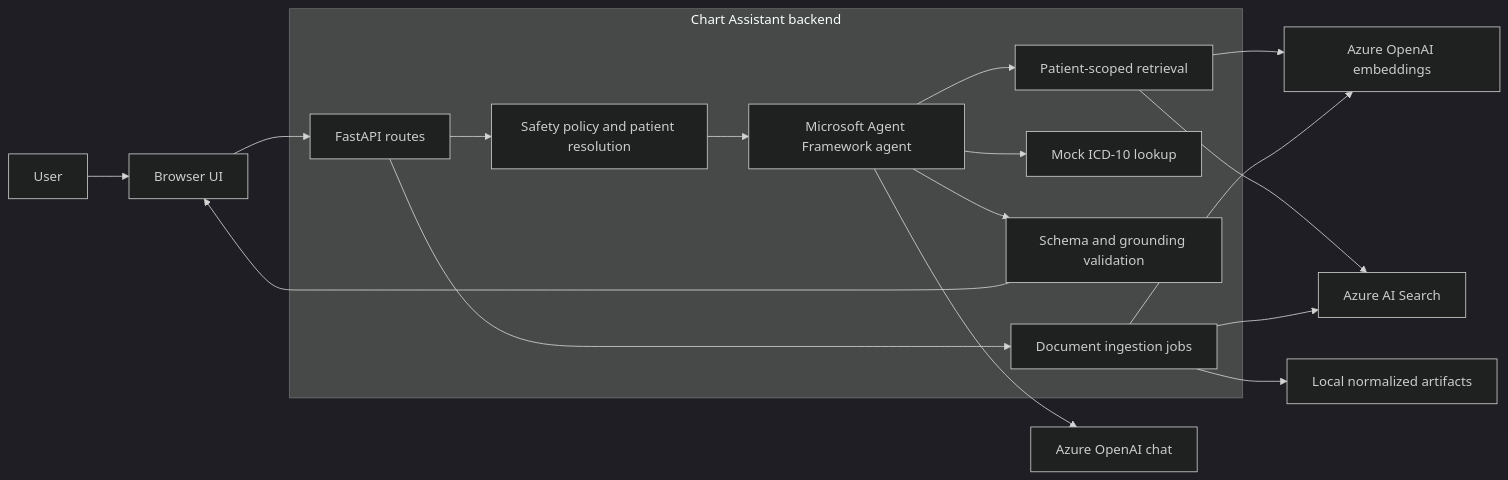
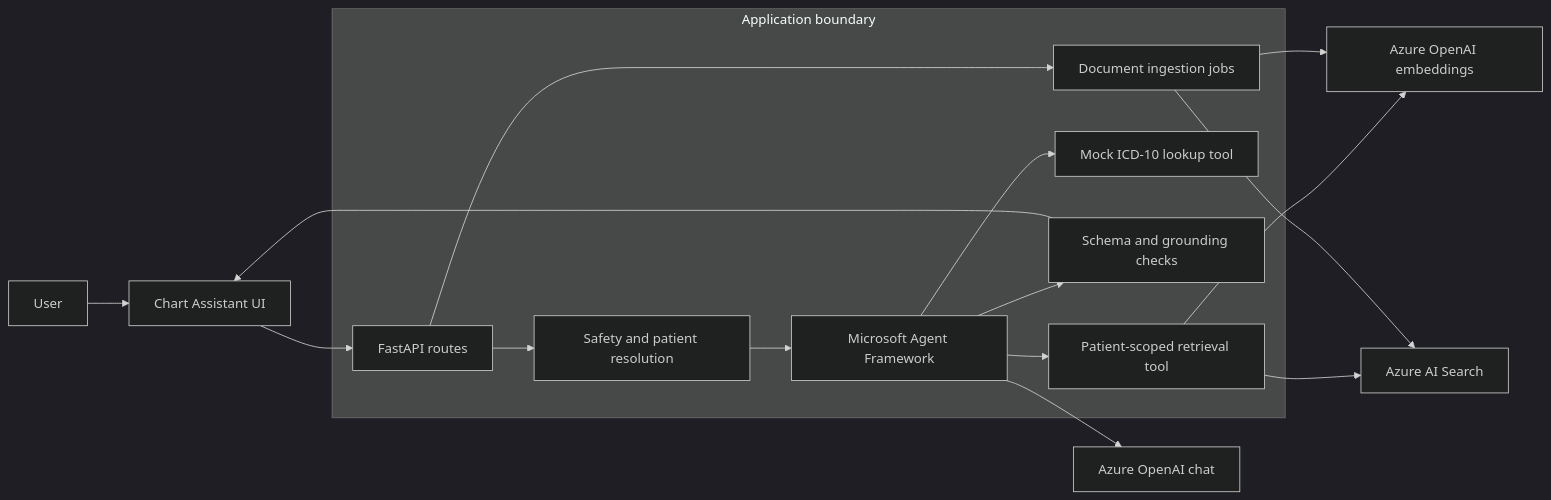
The first of 2 diagrams in README.md (hritthik-work/ChartAssistant), drawn with Mermaid (dark theme) before and after one commit. The commit also changed other lines of this file and 8 other files, not shown here.

First line of the commit message:
release: prepare Chart Assistant v1.0.1 (#3)

````diff
--- a/README.md
+++ b/README.md
@@ -41,22 +112,21 @@
 ```mermaid
 flowchart LR
-    User["User"] --> UI["Browser UI"]
+    User["User"] --> UI["Chart Assistant UI"]
     UI --> API["FastAPI routes"]
 
-    subgraph Backend["Chart Assistant backend"]
-        API --> Policy["Safety policy and patient resolution"]
-        Policy --> Agent["Microsoft Agent Framework agent"]
-        Agent --> Retrieval["Patient-scoped retrieval"]
-        Agent --> ICD["Mock ICD-10 lookup"]
-        Agent --> Validation["Schema and grounding validation"]
-        API --> Ingestion["Document ingestion jobs"]
+    subgraph App["Application boundary"]
+        API --> Resolve["Safety and patient resolution"]
+        Resolve --> Agent["Microsoft Agent Framework"]
+        Agent --> Retrieve["Patient-scoped retrieval tool"]
+        Agent --> ICD["Mock ICD-10 lookup tool"]
+        Agent --> Validate["Schema and grounding checks"]
+        API --> Ingest["Document ingestion jobs"]
     end
 
-    Agent --> AOAIChat["Azure OpenAI chat"]
-    Retrieval --> AOAIEmbed["Azure OpenAI embeddings"]
-    Retrieval --> Search["Azure AI Search"]
-    Ingestion --> AOAIEmbed
-    Ingestion --> Search
-    Ingestion --> Artifacts["Local normalized artifacts"]
-    Validation --> UI
+    Agent --> Chat["Azure OpenAI chat"]
+    Retrieve --> Embed["Azure OpenAI embeddings"]
+    Retrieve --> Search["Azure AI Search"]
+    Ingest --> Embed
+    Ingest --> Search
+    Validate --> UI
 ```
````
